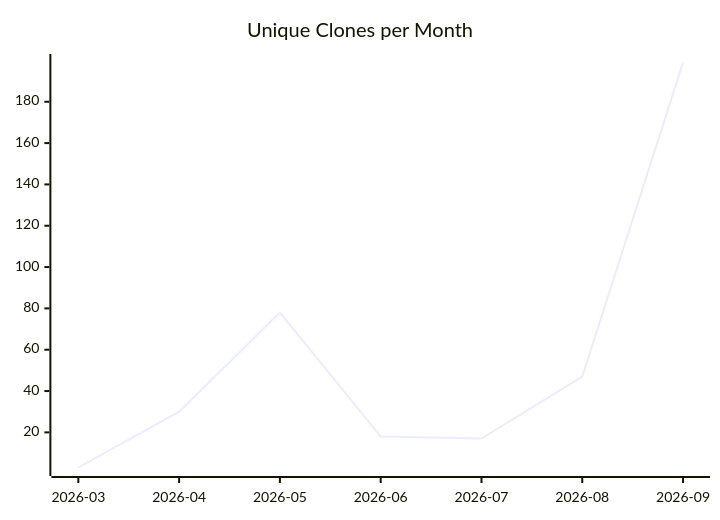
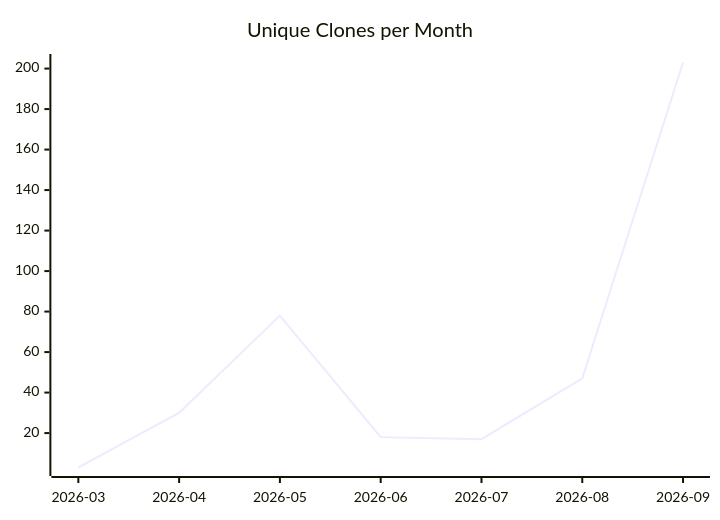
The third of 3 diagrams in karlmdavis/justdavis-ansible/README.md (justdavis-family/github-analytics-data), drawn with Mermaid before and after one commit. The commit also changed other lines of this file and 198 other files, not shown here.

````diff
--- a/karlmdavis/justdavis-ansible/README.md
+++ b/karlmdavis/justdavis-ansible/README.md
@@ -19,6 +19,6 @@
 ```mermaid
 xychart-beta
   title "Unique Clones per Month"
   x-axis ["2026-03", "2026-04", "2026-05", "2026-06", "2026-07", "2026-08", "2026-09"]
-  line [3, 30, 78, 18, 17, 47, 199]
+  line [3, 30, 78, 18, 17, 47, 203]
 ```
````
